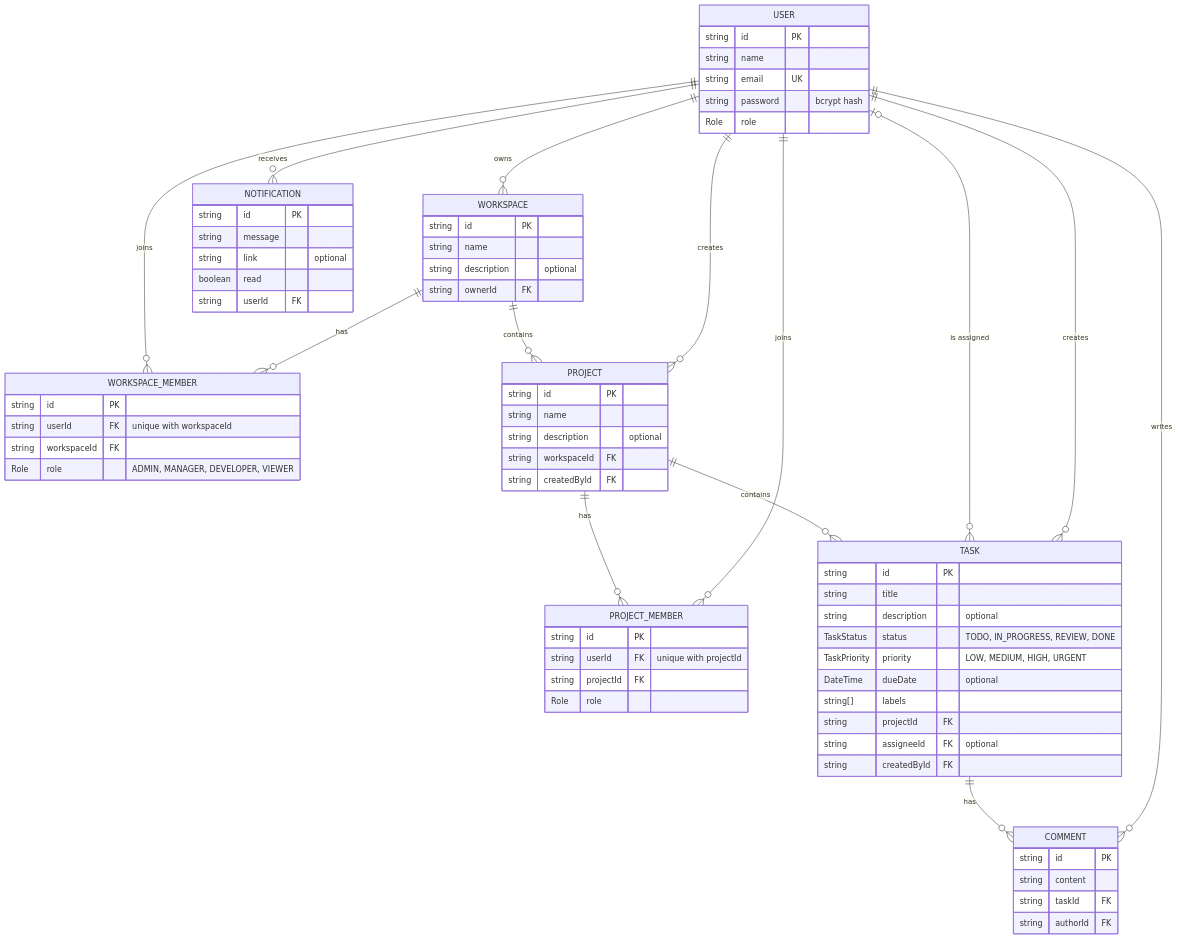
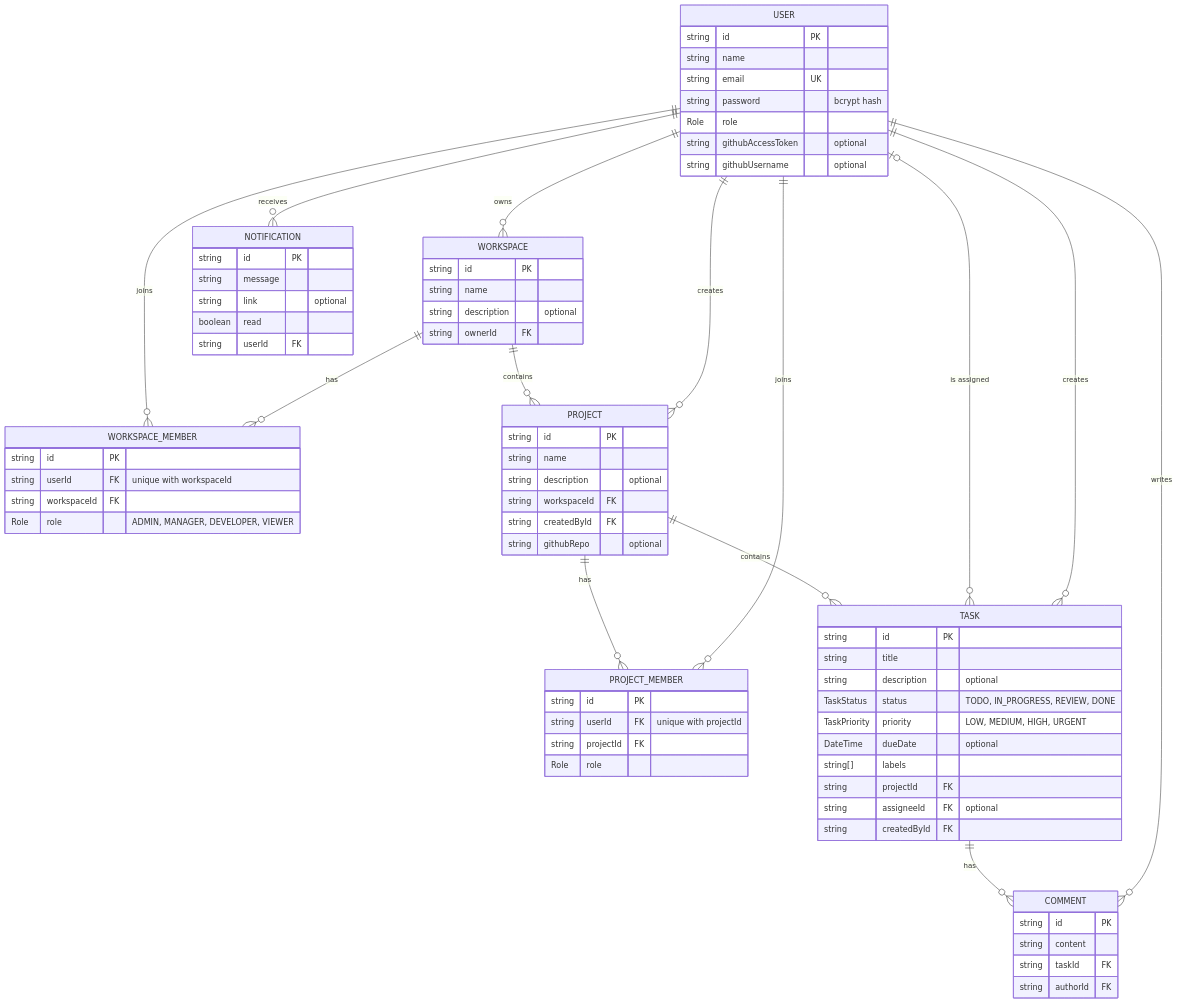
Before and after one commit to AdityaSharma147/DevFlow: the diagram in README.md, drawn with Mermaid. The commit also changed other lines of this file, not shown here.

Commit message:
Update README: document GitHub integration and dashboard charts, refresh roadmap

```diff
--- a/README.md
+++ b/README.md
@@ -63,6 +64,8 @@
         string email UK
         string password "bcrypt hash"
         Role role
+        string githubAccessToken "optional"
+        string githubUsername "optional"
     }
 
     WORKSPACE {
@@ -85,6 +88,7 @@
         string description "optional"
         string workspaceId FK
         string createdById FK
+        string githubRepo "optional"
     }
 
     PROJECT_MEMBER {
```
